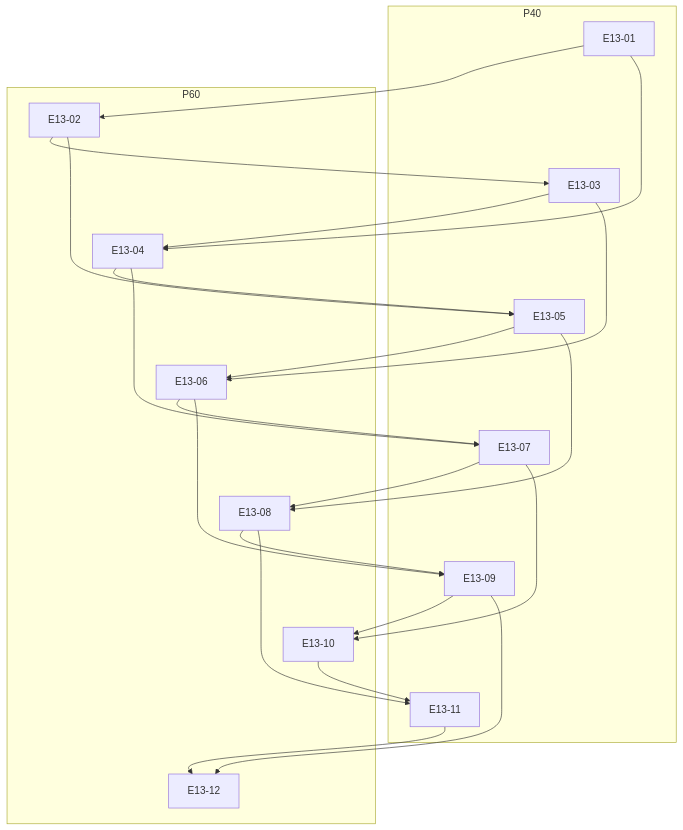
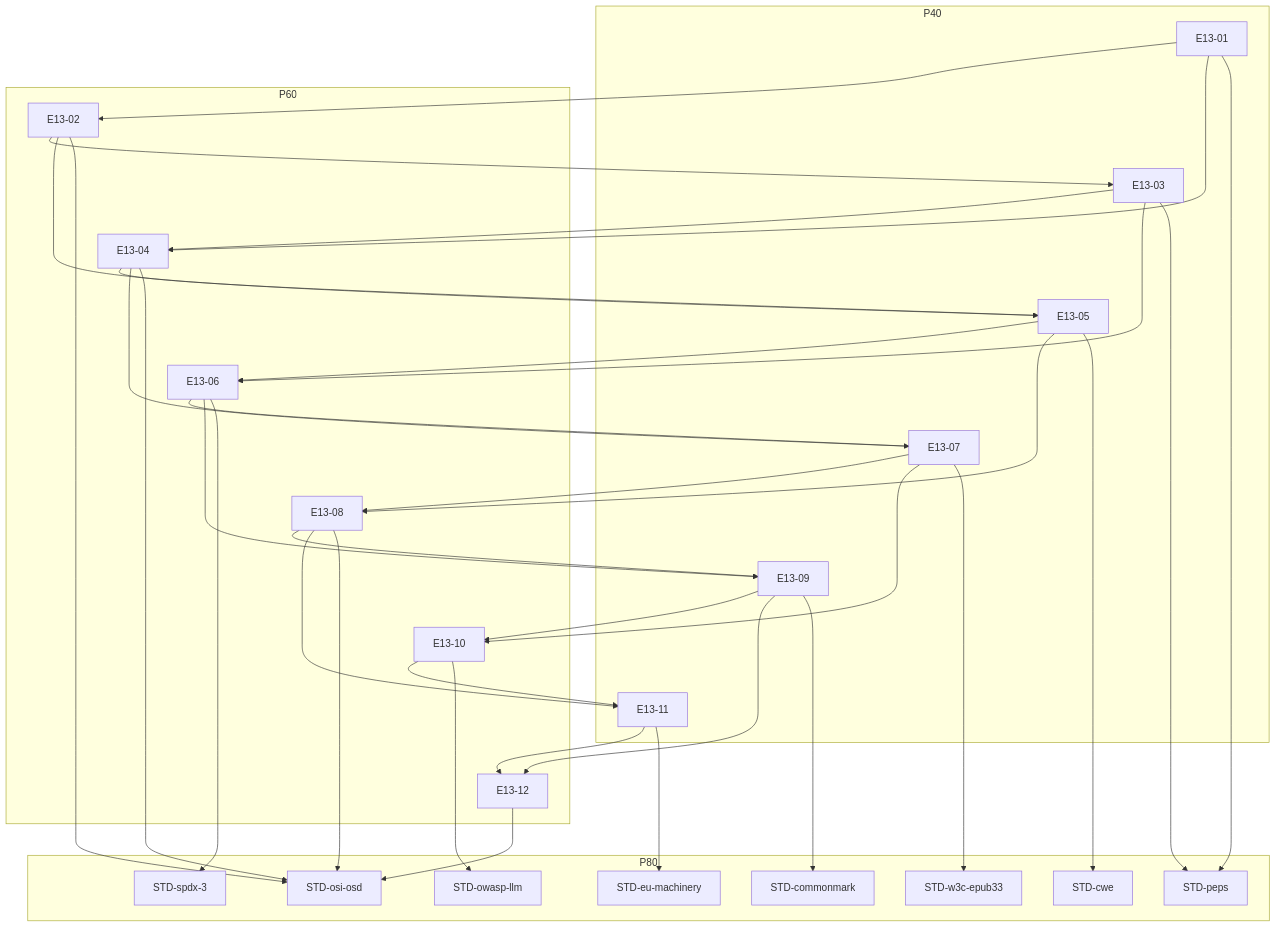
One commit to Monyeah777/NarrativeForge changed the diagram in community/代码与软件工程域包/outputs/charts/CONCEPT_DAG.mmd. Above: the diagram before and after it, drawn with Mermaid. The commit also changed 721 other files, not shown here.

```diff
--- a/community/代码与软件工程域包/outputs/charts/CONCEPT_DAG.mmd
+++ b/community/代码与软件工程域包/outputs/charts/CONCEPT_DAG.mmd
@@ -1,38 +1,60 @@
 %% 概念前置图（由 community/代码与软件工程域包/assets/CONCEPT_GRAPH.md 确定性派生；唯一机读真相在资产 §4 围栏块）
 flowchart TD
   subgraph P40[P40]
     E13-01
     E13-03
     E13-05
     E13-07
     E13-09
     E13-11
   end
   subgraph P60[P60]
     E13-02
     E13-04
     E13-06
     E13-08
     E13-10
     E13-12
+  end
+  subgraph P80[P80]
+    STD-commonmark
+    STD-cwe
+    STD-eu-machinery
+    STD-osi-osd
+    STD-owasp-llm
+    STD-peps
+    STD-spdx-3
+    STD-w3c-epub33
   end
   E13-01 --> E13-02
   E13-02 --> E13-03
   E13-03 --> E13-04
   E13-01 --> E13-04
   E13-04 --> E13-05
   E13-02 --> E13-05
   E13-05 --> E13-06
   E13-03 --> E13-06
   E13-06 --> E13-07
   E13-04 --> E13-07
   E13-07 --> E13-08
   E13-05 --> E13-08
   E13-08 --> E13-09
   E13-06 --> E13-09
   E13-09 --> E13-10
   E13-07 --> E13-10
   E13-10 --> E13-11
   E13-08 --> E13-11
   E13-11 --> E13-12
   E13-09 --> E13-12
+  E13-09 --> STD-commonmark
+  E13-05 --> STD-cwe
+  E13-11 --> STD-eu-machinery
+  E13-02 --> STD-osi-osd
+  E13-04 --> STD-osi-osd
+  E13-08 --> STD-osi-osd
+  E13-12 --> STD-osi-osd
+  E13-10 --> STD-owasp-llm
+  E13-01 --> STD-peps
+  E13-03 --> STD-peps
+  E13-06 --> STD-spdx-3
+  E13-07 --> STD-w3c-epub33
```
